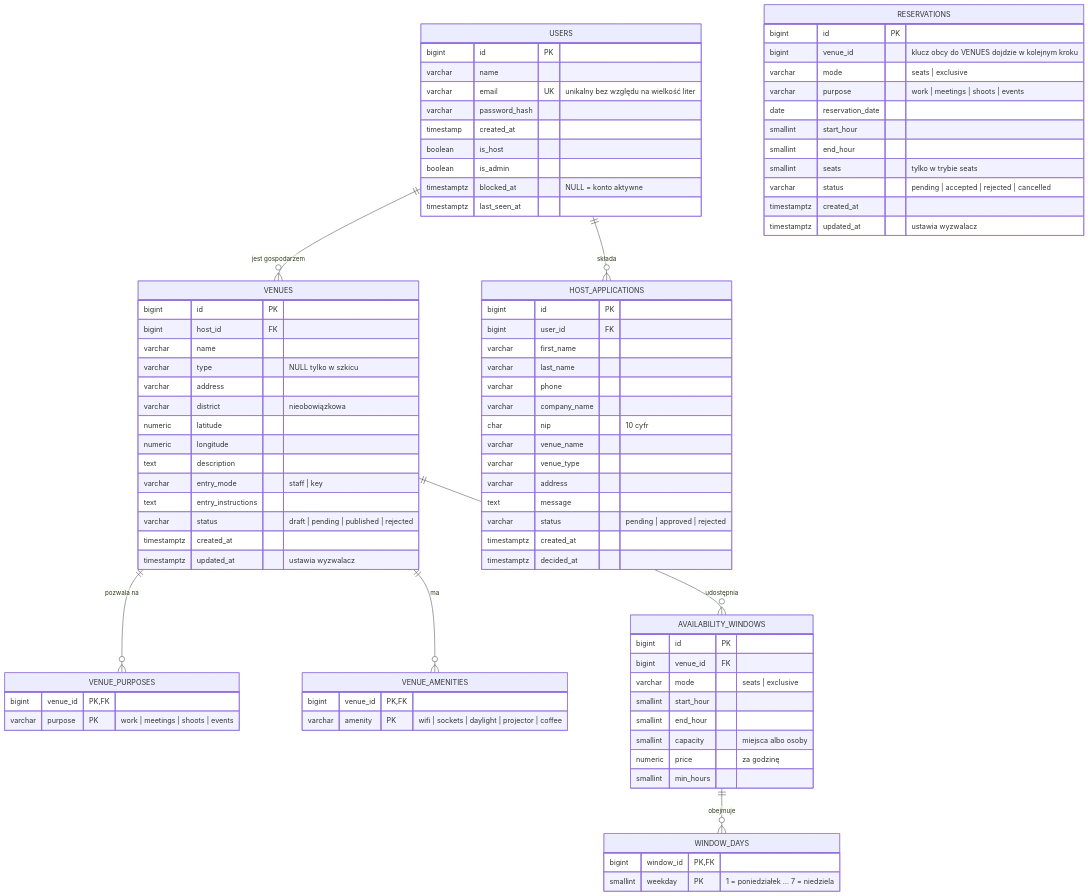
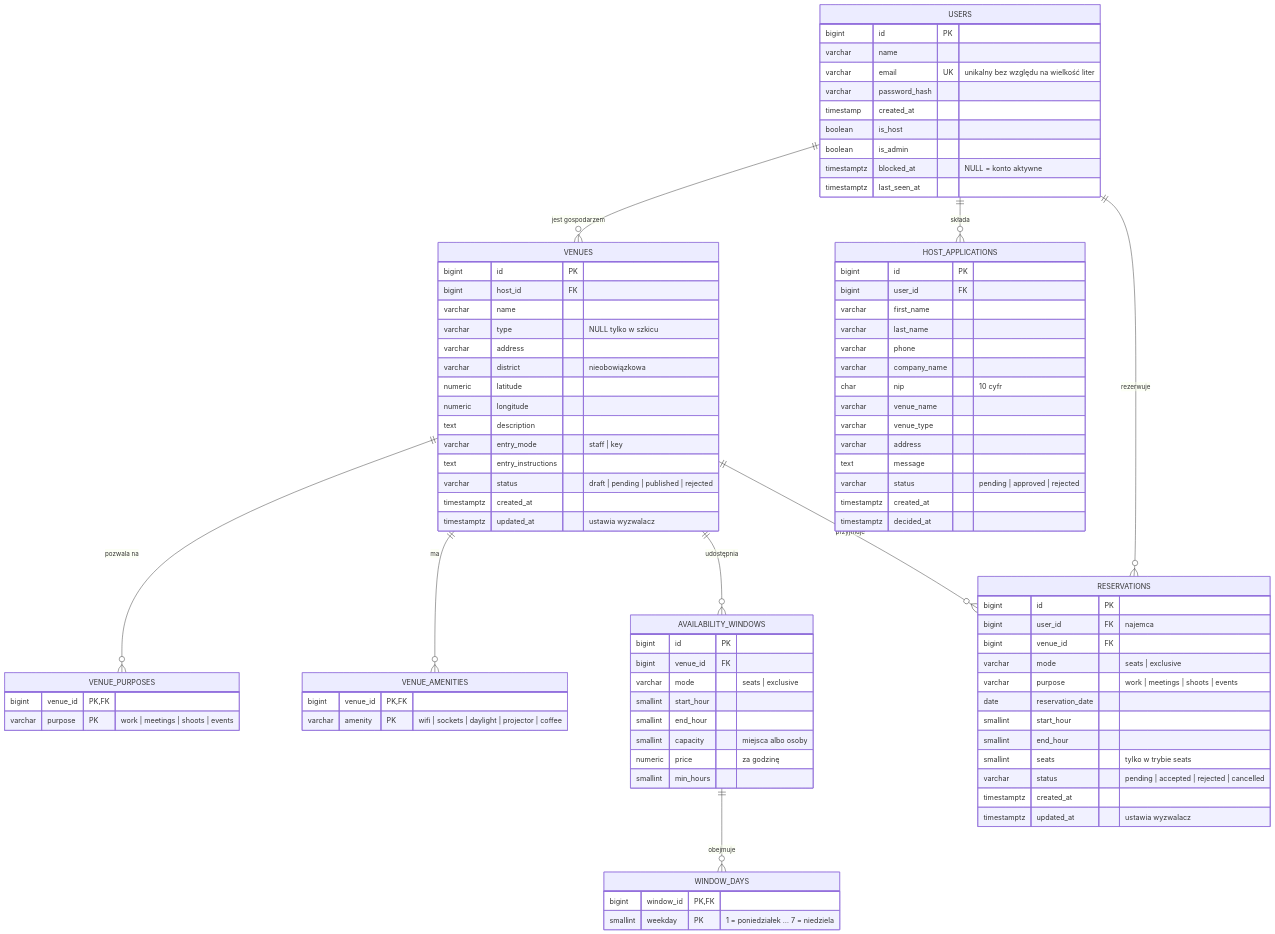
The diagram in README.md (JaneckiGit/wdpai-project), drawn with Mermaid before and after one commit. The commit also changed other lines of this file, not shown here.

Commit message:
docs: Lab 8 object mapping, reservation keys in the ERD and new database script

```diff
--- a/README.md
+++ b/README.md
@@ -198,6 +207,8 @@
     VENUES ||--o{ VENUE_AMENITIES : "ma"
     VENUES ||--o{ AVAILABILITY_WINDOWS : "udostępnia"
     AVAILABILITY_WINDOWS ||--o{ WINDOW_DAYS : "obejmuje"
+    USERS ||--o{ RESERVATIONS : "rezerwuje"
+    VENUES ||--o{ RESERVATIONS : "przyjmuje"
 
     USERS {
         bigint id PK
@@ -266,7 +277,8 @@
     }
     RESERVATIONS {
         bigint id PK
-        bigint venue_id "klucz obcy do VENUES dojdzie w kolejnym kroku"
+        bigint user_id FK "najemca"
+        bigint venue_id FK
         varchar mode "seats | exclusive"
         varchar purpose "work | meetings | shoots | events"
         date reservation_date
```
